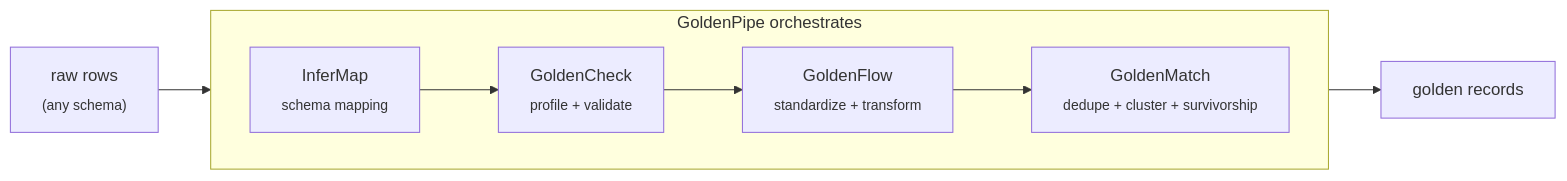
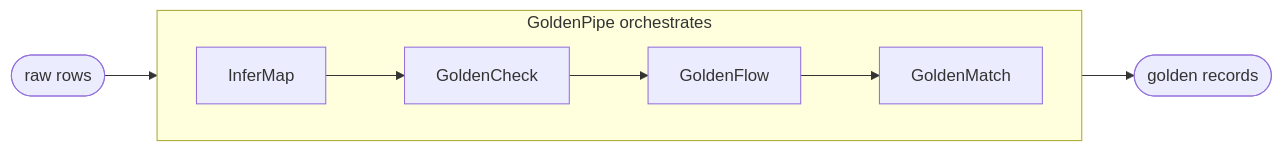
One commit to benseverndev-oss/goldenmatch changed the diagram in README.md. Above: the diagram before and after it, drawn with Mermaid. The commit also changed other lines of this file, not shown here.

Commit message:
docs(readme): fix mermaid node overflow — short labels + role table
Mermaid's auto-sized nodes were cropping the multi-line <sub> subtitles
("InferMap schema mapp..." / "GoldenChecl profile + validi..." /
"survivc" / "golden..."). The HTML <sub> tags don't render in Mermaid
labels either — they'd appear as literal text in some renderers.

Strip nodes back to single-word labels (InferMap / GoldenCheck /
GoldenFlow / GoldenMatch). raw rows + golden records use stadium shape
to visually distinguish I/O from processing nodes. Move the per-step
explanation to a Markdown table directly below the diagram — same
information, no rendering risk.

````diff
--- a/README.md
+++ b/README.md
@@ -67,17 +67,17 @@
 ```mermaid
 flowchart LR
-    raw["raw rows<br/><sub>(any schema)</sub>"]
-    golden["golden records"]
+    raw([raw rows])
+    golden([golden records])
 
     subgraph orchestration ["GoldenPipe orchestrates"]
         direction LR
-        infermap["InferMap<br/><sub>schema mapping</sub>"]
-        goldencheck["GoldenCheck<br/><sub>profile + validate</sub>"]
-        goldenflow["GoldenFlow<br/><sub>standardize + transform</sub>"]
-        goldenmatch["GoldenMatch<br/><sub>dedupe + cluster + survivorship</sub>"]
+        infermap[InferMap]
+        goldencheck[GoldenCheck]
+        goldenflow[GoldenFlow]
+        goldenmatch[GoldenMatch]
         infermap --> goldencheck --> goldenflow --> goldenmatch
     end
 
     raw --> infermap
     goldenmatch --> golden
 ```
````
